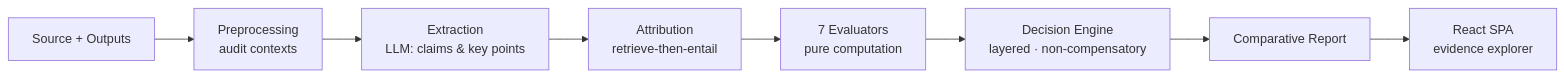
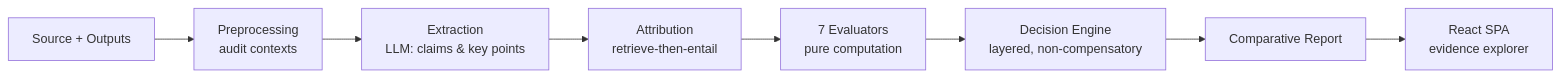
The diagram in README.md (Kunal1703/AI-Output-Auditor), drawn with Mermaid before and after one commit. The commit also changed other lines of this file and 5 other files, not shown here.

````diff
--- a/README.md
+++ b/README.md
@@ -112,10 +112,10 @@
 ```mermaid
 flowchart LR
-    A[Source + Outputs] --> B[Preprocessing<br/>audit contexts]
-    B --> C[Extraction<br/>LLM: claims & key points]
-    C --> D[Attribution<br/>retrieve-then-entail]
-    D --> E[7 Evaluators<br/>pure computation]
-    E --> F[Decision Engine<br/>layered · non-compensatory]
-    F --> G[Comparative Report]
-    G --> H[React SPA<br/>evidence explorer]
+    A["Source + Outputs"] --> B["Preprocessing<br/>audit contexts"]
+    B --> C["Extraction<br/>LLM: claims &amp; key points"]
+    C --> D["Attribution<br/>retrieve-then-entail"]
+    D --> E["7 Evaluators<br/>pure computation"]
+    E --> F["Decision Engine<br/>layered, non-compensatory"]
+    F --> G["Comparative Report"]
+    G --> H["React SPA<br/>evidence explorer"]
 ```
````
